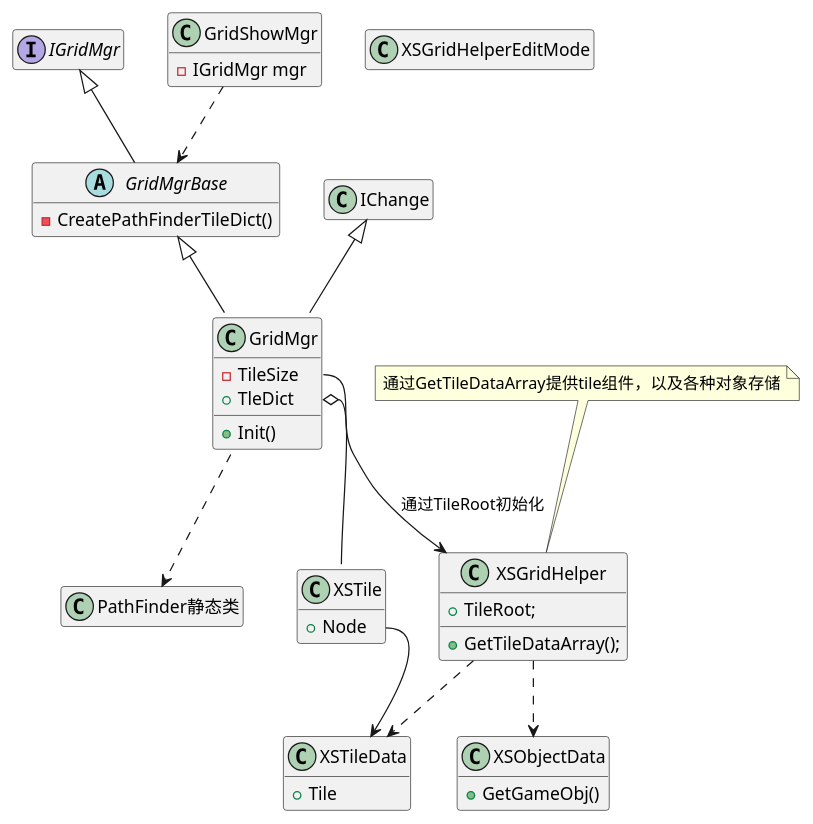
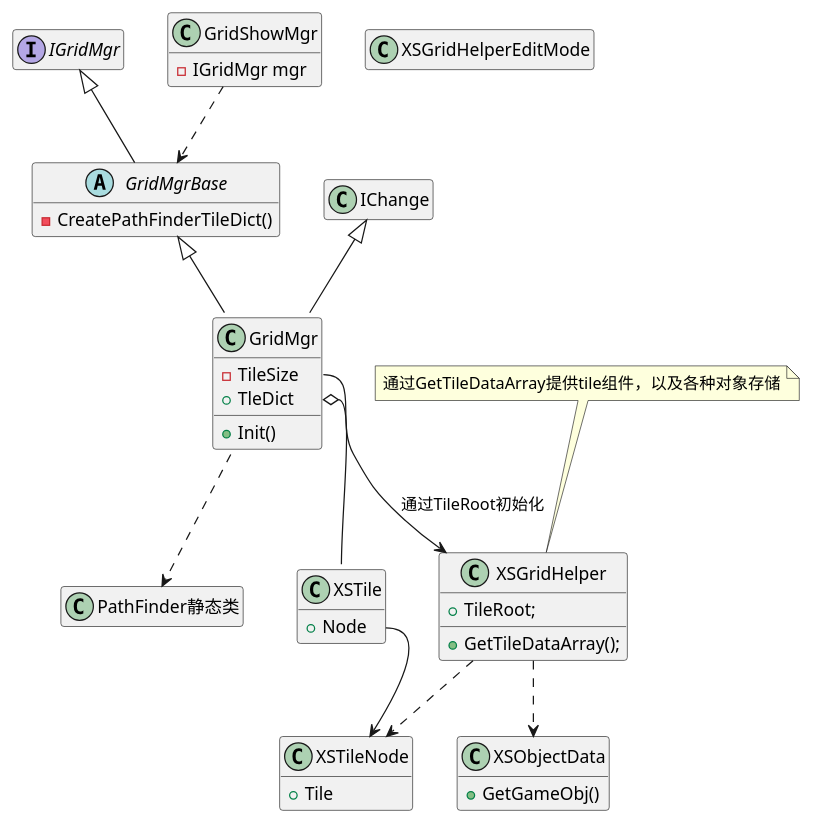
Before and after one commit to wuneng117/XSGridEditor: the diagram in 文档/GridEditor.plantuml, drawn with PlantUML. The commit also changed 97 other files, not shown here.

```diff
--- a/文档/GridEditor.plantuml
+++ b/文档/GridEditor.plantuml
@@ -1,90 +1,90 @@
 @startuml "GridEditor"
 hide empty members
 
 interface IGridMgr
 
 
 abstract class GridMgrBase extends IGridMgr
 {
     -CreatePathFinderTileDict()
 }
 
 
 
 class GridMgr extends GridMgrBase, IChange
 {
     +Init()
     -TileSize
     +TleDict
 }
 GridMgr::TileSize --> XSGridHelper: 通过TileRoot初始化
 GridMgr::TleDict o-- XSTile
 GridMgr ..> PathFinder静态类
 
 class XSTile
 {
     +Node
 }
-XSTile::Node --> XSTileData
+XSTile::Node --> XSTileNode
 
-class XSTileData
+class XSTileNode
 {
     +Tile
 }
-' XSTileData <-- PathFinderTile
+' XSTileNode <-- PathFinderTile
 
 class PathFinder静态类
 {
 }
 ' PathFinder模块 o-- PathFinderTile
 
 
 ' class PathFinderTile
 ' {
 ' }
 
 class GridShowMgr
 {
     ' -GridShowRegion MoveShowRegion...
     -IGridMgr mgr
 }
 
 ' GridShowMgr o-- GridShowRegion
 GridShowMgr ..> GridMgrBase
 
 
 ' class GridShowRegion
 ' {
 ' }
 
 class XSObjectData
 {
     +GetGameObj()
 }
 
 class XSGridHelper
 {
     +TileRoot;
     +GetTileDataArray();
 }
 note top of XSGridHelper: 通过GetTileDataArray提供tile组件，以及各种对象存储
 
 class XSGridHelperEditMode
 {
 }
 
 
-XSGridHelper ..> XSTileData
+XSGridHelper ..> XSTileNode
 XSGridHelper ..> XSObjectData
 
 ' class ChatMsg
 ' {
 '     -GameAction[] actions
 '     +popAction(seatId)
 '     +pushAction(actionObj,actionType,useType)
 '     .. ...以及其他操作 ..
 ' }
 ' note top of GameActionLogic :　封装了对GameAction的常用操作
 ' GameActionLogic --|> GameTableController : 扩展，类似继承
 
 @enduml
```
